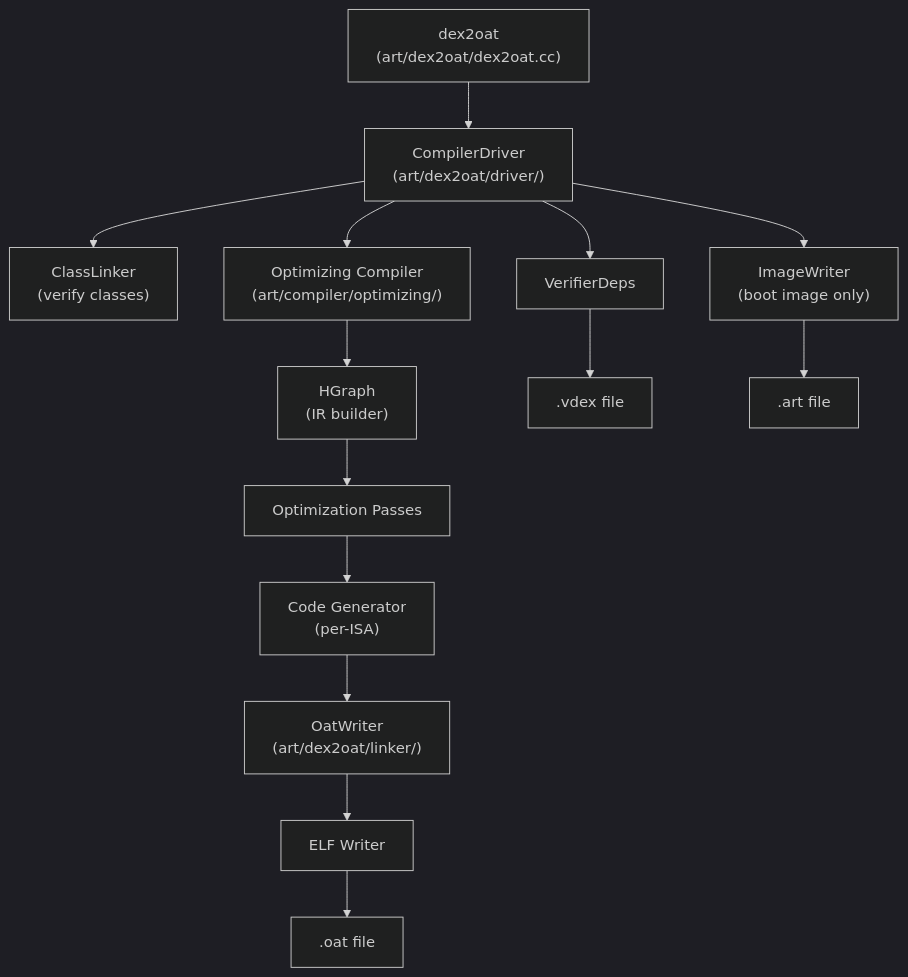
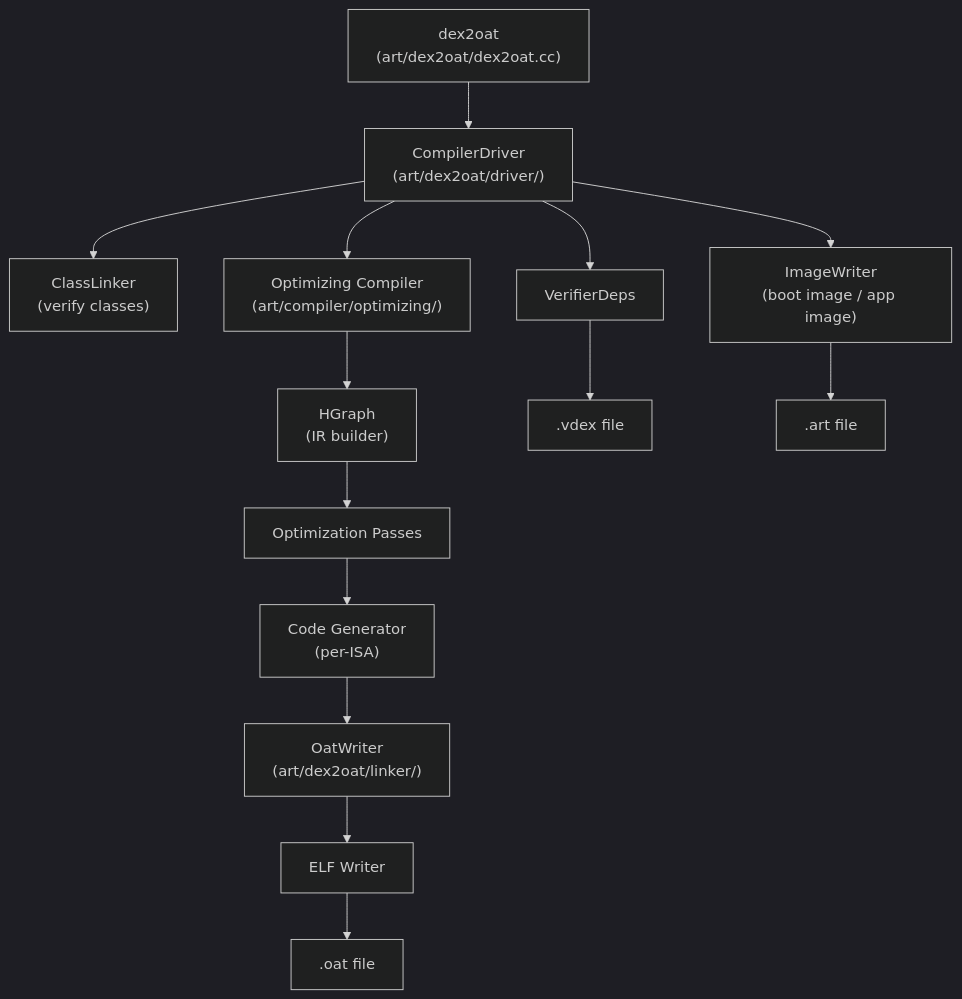
Before and after one commit to aospbooks/aosp-internal-book: the seventh of 28 diagrams in 18-art-runtime.md, drawn with Mermaid (dark theme). The commit also changed other lines of this file and 218 other files, not shown here.

````diff
--- a/18-art-runtime.md
+++ b/18-art-runtime.md
@@ -1207,16 +1226,16 @@
 ```mermaid
 flowchart TD
     A["dex2oat\n(art/dex2oat/dex2oat.cc)"] --> B["CompilerDriver\n(art/dex2oat/driver/)"]
     B --> C["ClassLinker\n(verify classes)"]
     B --> D["Optimizing Compiler\n(art/compiler/optimizing/)"]
     D --> E["HGraph\n(IR builder)"]
     E --> F["Optimization Passes"]
     F --> G["Code Generator\n(per-ISA)"]
     G --> H["OatWriter\n(art/dex2oat/linker/)"]
     H --> I["ELF Writer"]
     I --> J[".oat file"]
     B --> K["VerifierDeps"]
     K --> L[".vdex file"]
-    B --> M["ImageWriter\n(boot image only)"]
+    B --> M["ImageWriter\n(boot image / app image)"]
     M --> N[".art file"]
 ```
````
